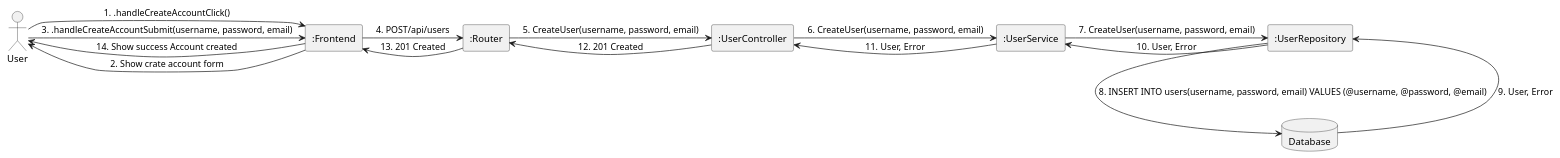
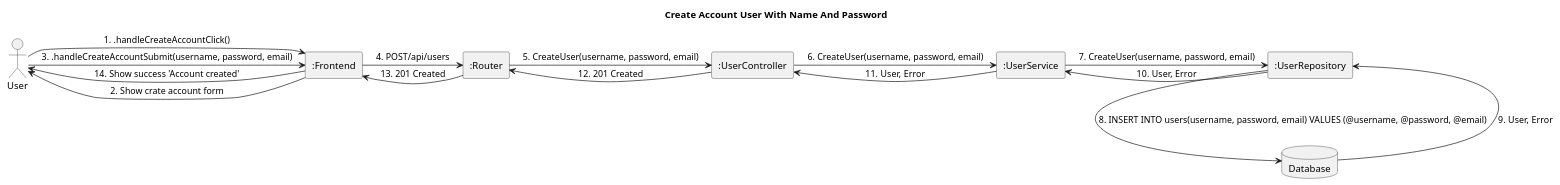
The diagram in CD-Create-Account-User-with-Name-Password/CD-Create-Account-User-with-Name-Password-main.puml (CS371-Project-Management/CS371-Collaboration-Diagram), drawn with PlantUML before and after one commit. The commit also changed 1 other file, not shown here.

Commit message:
add CD-Log-In-With-Username-And-Password and fix CD-Create-Account-User-with-Name-Password

```diff
--- a/CD-Create-Account-User-with-Name-Password/CD-Create-Account-User-with-Name-Password-main.puml
+++ b/CD-Create-Account-User-with-Name-Password/CD-Create-Account-User-with-Name-Password-main.puml
@@ -1,31 +1,32 @@
 @startuml
+title Create Account User With Name And Password
 actor User
 skinparam linestyle ortho
 rectangle ":Frontend" as frontend
 rectangle ":Router" as router
 rectangle ":UserService" as userService
 rectangle ":UserController" as userController
 rectangle ":UserRepository" as userRepository
 
 database Database
 
 User -right-> frontend: 1. .handleCreateAccountClick()
 frontend -left-> User: 2. Show crate account form
 User -right-> frontend: 3. .handleCreateAccountSubmit(username, password, email)
 
 frontend -right-> router: 4. POST/api/users
 
 router -right-> userController: 5. CreateUser(username, password, email)
 userController -right-> userService: 6. CreateUser(username, password, email)
 userService -right-> userRepository: 7. CreateUser(username, password, email)
 userRepository -down-> Database: 8. INSERT INTO users(username, password, email) VALUES (@username, @password, @email)
 
 Database -up-> userRepository: 9. User, Error
 userRepository -left-> userService: 10. User, Error
 userService -left->userController: 11. User, Error
 
 userController -left-> router: 12. 201 Created
 router -left-> frontend: 13. 201 Created
 
-frontend -left-> User: 14. Show success Account created
+frontend -left-> User: 14. Show success 'Account created'
 @enduml
```
